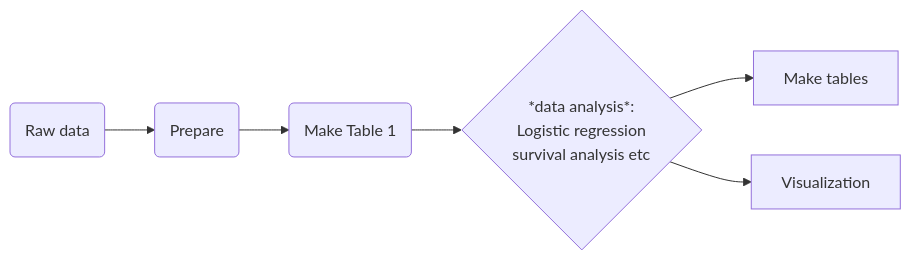
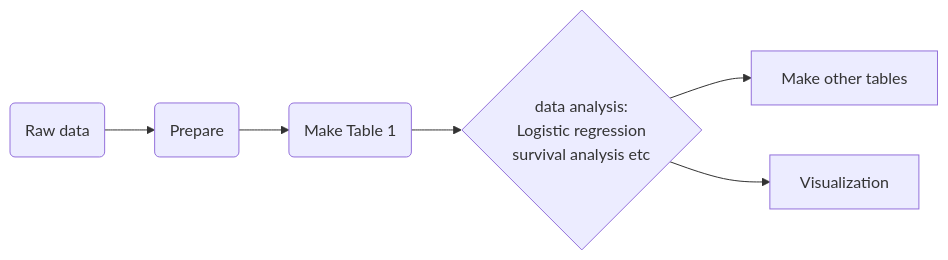
The diagram in r_presen.qmd (figarofuga/R-2023-presen), drawn with Mermaid before and after one commit. The commit also changed other lines of this file and 1 other file, not shown here.

Commit message:
add data and modify

````diff
--- a/r_presen.qmd
+++ b/r_presen.qmd
@@ -47,8 +51,8 @@
 ```{mermaid}
 flowchart LR
     A(Raw data) --> B(Prepare)
     B --> C(Make Table 1)
-    C --> D{*data analysis*: \n  Logistic regression \n  survival analysis etc}
-    D --> E[Make tables]
+    C --> D{data analysis: \n  Logistic regression \n  survival analysis etc}
+    D --> E[Make other tables]
     D --> F[Visualization]
 ```
````
